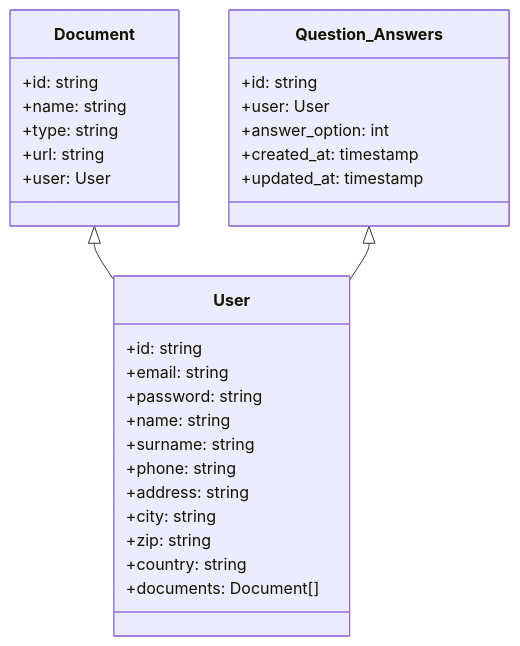
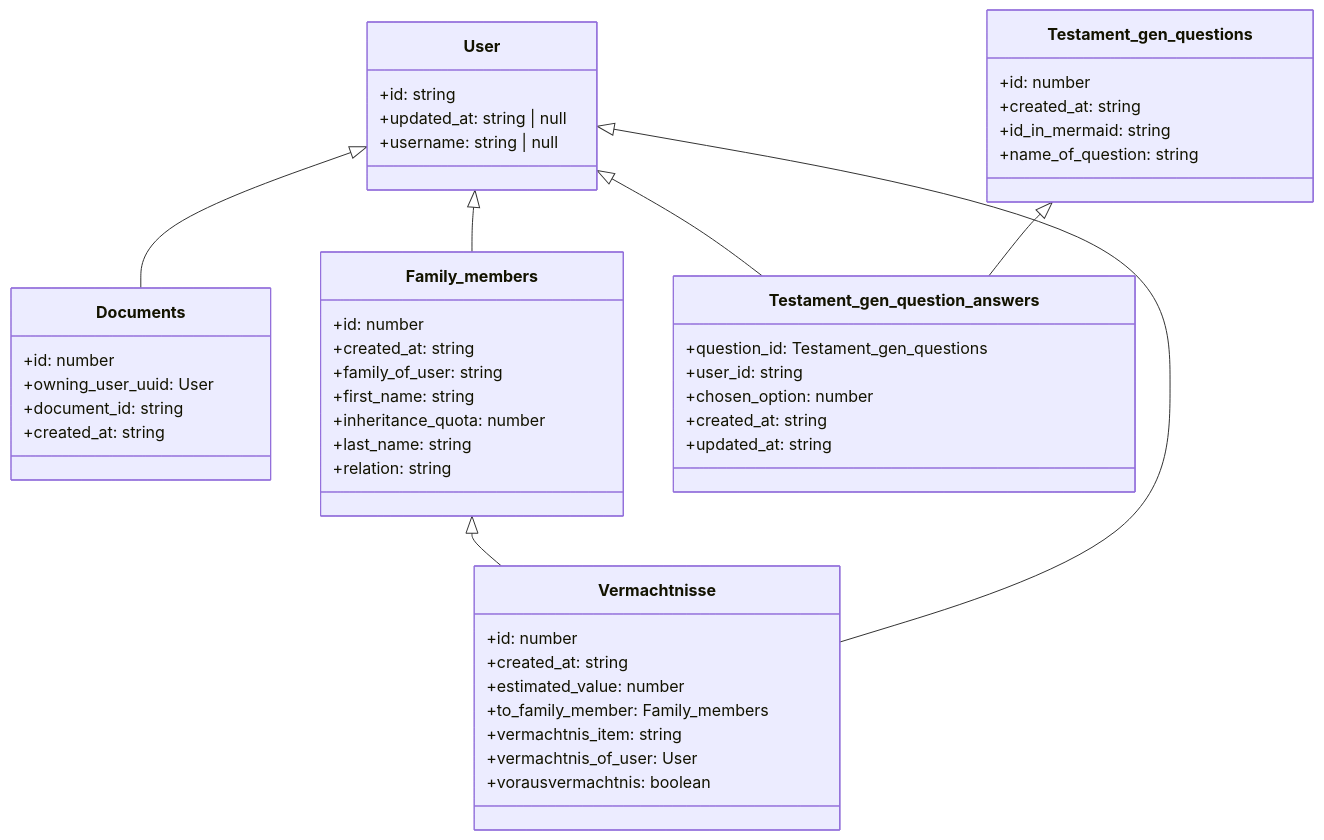
Before and after one commit to walkerdustin/beyond-webapp: the second of 2 diagrams in README.md, drawn with Mermaid. The commit also changed other lines of this file and 3 other files, not shown here.

````diff
--- a/README.md
+++ b/README.md
@@ -289,33 +238,53 @@
 ```mermaid
 classDiagram
-    Document <|-- User
-    Question_Answers <|-- User
+    User <|-- Documents
+    User <|-- Family_members
+    User <|-- Testament_gen_question_answers
+    Testament_gen_questions <|-- Testament_gen_question_answers
+    Family_members <|-- Vermachtnisse
+    User <|-- Vermachtnisse
+
 
     class User {
-        +id: string
-        +email: string
-        +password: string
-        +name: string
-        +surname: string
-        +phone: string
-        +address: string
-        +city: string
-        +zip: string
-        +country: string
-        +documents: Document[]
+      +id: string
+      +updated_at: string | null
+      +username: string | null
     }
-    class Document {
-        +id: string
-        +name: string
-        +type: string
-        +url: string
-        +user: User
+    class Documents {
+        +id: number
+        +owning_user_uuid: User
+        +document_id: string
+        +created_at: string
     }
-    class Question_Answers {
-        +id: string
-        +user: User
-        +answer_option: int
-        +created_at: timestamp
-        +updated_at: timestamp
+    class Family_members {
+      +id: number
+      +created_at: string 
+      +family_of_user: string 
+      +first_name: string 
+      +inheritance_quota: number
+      +last_name: string 
+      +relation: string 
+    }
+    class Testament_gen_question_answers {
+      +question_id: Testament_gen_questions
+      +user_id: string
+      +chosen_option: number 
+      +created_at: string 
+      +updated_at: string 
+    }
+    class Testament_gen_questions {
+      +id: number
+      +created_at: string 
+      +id_in_mermaid: string 
+      +name_of_question: string
+    }
+    class Vermachtnisse {
+      +id: number
+      +created_at: string 
+      +estimated_value: number 
+      +to_family_member: Family_members
+      +vermachtnis_item: string
+      +vermachtnis_of_user: User
+      +vorausvermachtnis: boolean
     }
 ```
````
